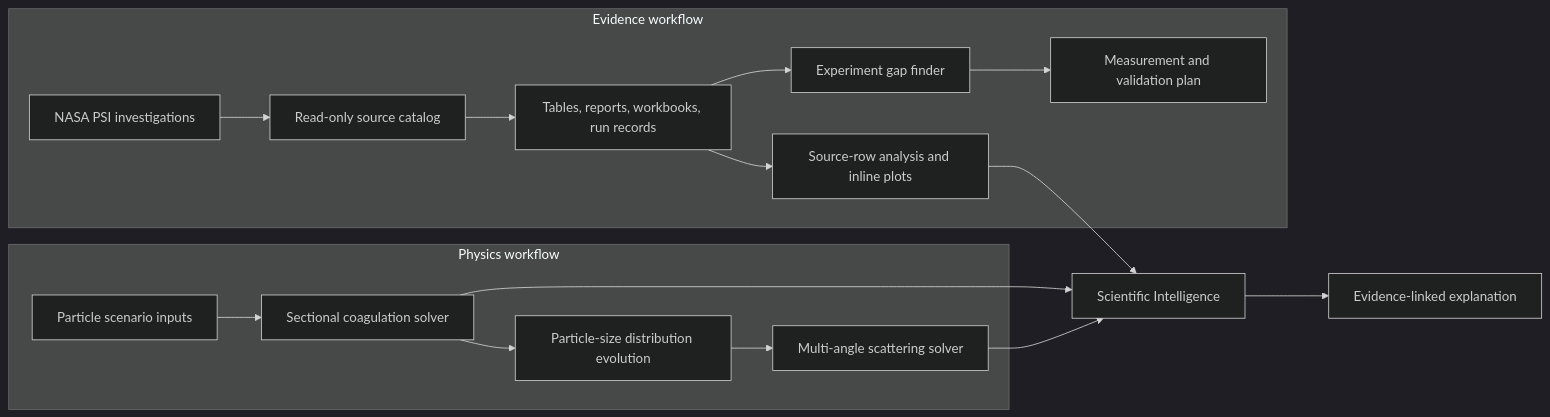
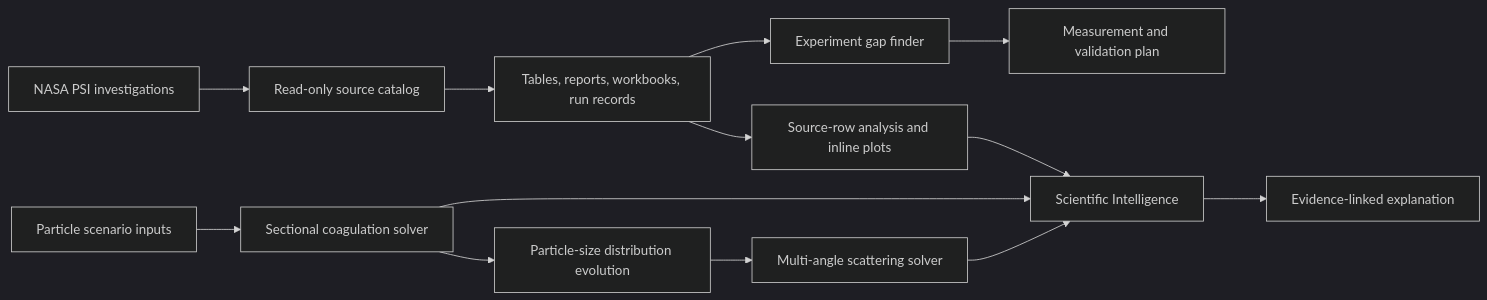
The first of 2 diagrams in README.md (deacodes/AERO-PSI), drawn with Mermaid (dark theme) before and after one commit.

````diff
--- a/README.md
+++ b/README.md
@@ -106,21 +106,21 @@
 ```mermaid
+
 flowchart LR
-    subgraph E[Evidence workflow]
-      A[NASA PSI investigations] --> B[Read-only source catalog]
-      B --> C[Tables, reports, workbooks, run records]
-      C --> D[Experiment gap finder]
-      D --> E1[Measurement and validation plan]
-      C --> F[Source-row analysis and inline plots]
-    end
+    A["NASA PSI investigations"] --> B["Read-only source catalog"]
+    B --> C["Tables, reports, workbooks, run records"]
 
-    subgraph P[Physics workflow]
-      G[Particle scenario inputs] --> H[Sectional coagulation solver]
-      H --> I[Particle-size distribution evolution]
-      I --> J[Multi-angle scattering solver]
-    end
+    C --> D["Experiment gap finder"]
+    D --> E["Measurement and validation plan"]
 
-    F --> K[Scientific Intelligence]
+    C --> F["Source-row analysis and inline plots"]
+    F --> K["Scientific Intelligence"]
+
+    G["Particle scenario inputs"] --> H["Sectional coagulation solver"]
+    H --> I["Particle-size distribution evolution"]
+    I --> J["Multi-angle scattering solver"]
     H --> K
     J --> K
-    K --> L[Evidence-linked explanation]
+
+    K --> L["Evidence-linked explanation"]
+
 ```
````
